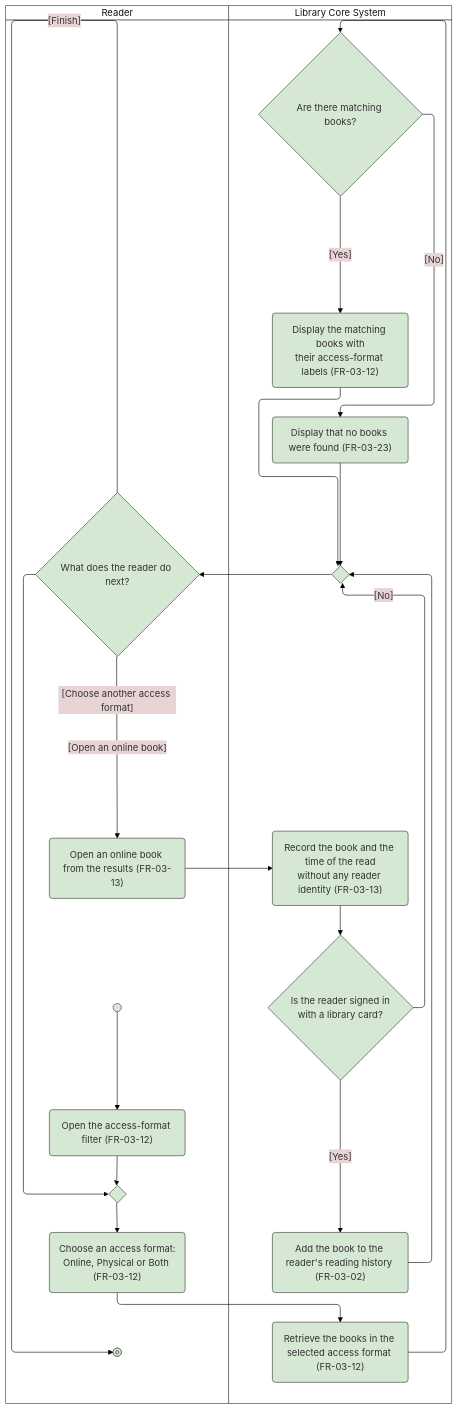
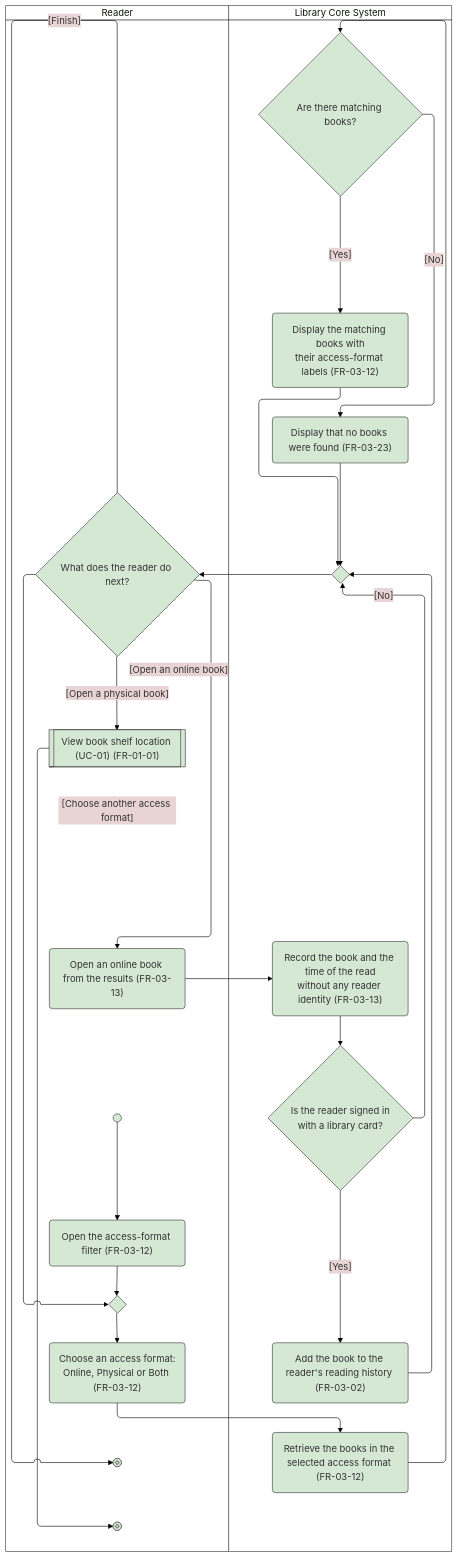
Before and after one commit to chihvcte-beep/dbiz2-group-h: the diagram in [DBIZ 2] GROUP H/ACTIVITY DIAGRAM/AD-UC-03.md, drawn with Mermaid. The commit also changed other lines of this file and 53 other files, not shown here.

First line of the commit message:
Lesson 8: one usage flow, screen list and screen transition for the product

````diff
--- a/[DBIZ 2] GROUP H/ACTIVITY DIAGRAM/AD-UC-03.md
+++ b/[DBIZ 2] GROUP H/ACTIVITY DIAGRAM/AD-UC-03.md
@@ -25,42 +25,45 @@
 ```mermaid
 ---
 config:
   theme: base
   themeVariables:
     primaryColor: "#d5e8d4"
     primaryBorderColor: "#333333"
     lineColor: "#000000"
     clusterBkg: "#ffffff"
     clusterBorder: "#333333"
 ---
 swimlane-beta TB
   subgraph RDR["Reader"]
     start@{ shape: sm-circ }
     r1("Open the access-format filter (FR-03-12)")
     m1{" "}
     r2("Choose an access format:<br/>Online, Physical or Both (FR-03-12)")
     d2{"What does the reader do next?"}
     r3("Open an online book from the results (FR-03-13)")
+    c1[["View book shelf location (UC-01) (FR-01-01)"]]
     stop1@{ shape: fr-circ }
+    stop2@{ shape: fr-circ }
   end
   subgraph SYS["Library Core System"]
     s1("Retrieve the books in the selected access format (FR-03-12)")
     d1{"Are there matching books?"}
     s2("Display the matching books with<br/>their access-format labels (FR-03-12)")
     s3("Display that no books were found (FR-03-23)")
     m2{" "}
     s4("Record the book and the time of the read<br/>without any reader identity (FR-03-13)")
     d3{"Is the reader signed in<br/>with a library card?"}
     s5("Add the book to the reader's reading history (FR-03-02)")
   end
 
   start --> r1 --> m1 --> r2 --> s1 --> d1
   d1 -->|"[Yes]"| s2 --> m2
   d1 -->|"[No]"| s3 --> m2
   m2 --> d2
   d2 -->|"[Choose another access format]"| m1
   d2 -->|"[Open an online book]"| r3 --> s4 --> d3
   d3 -->|"[Yes]"| s5 --> m2
   d3 -->|"[No]"| m2
+  d2 -->|"[Open a physical book]"| c1 --> stop2
   d2 -->|"[Finish]"| stop1
 ```
````
